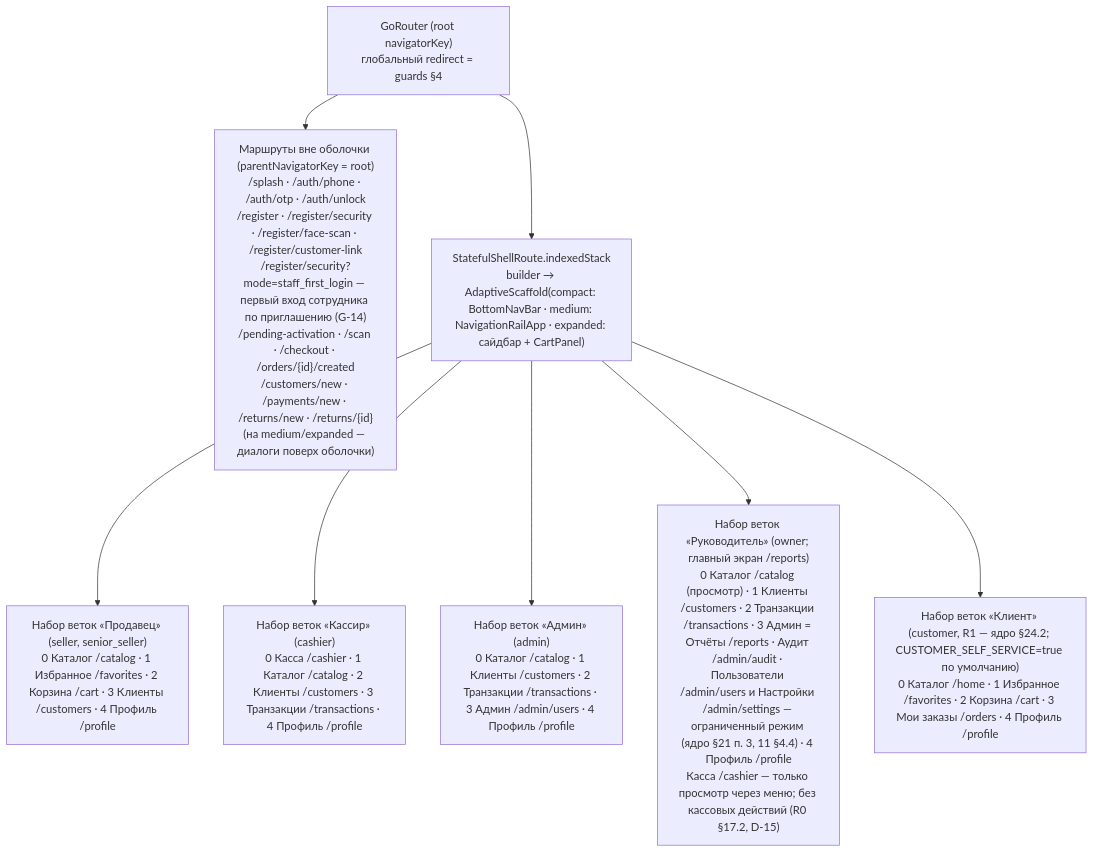
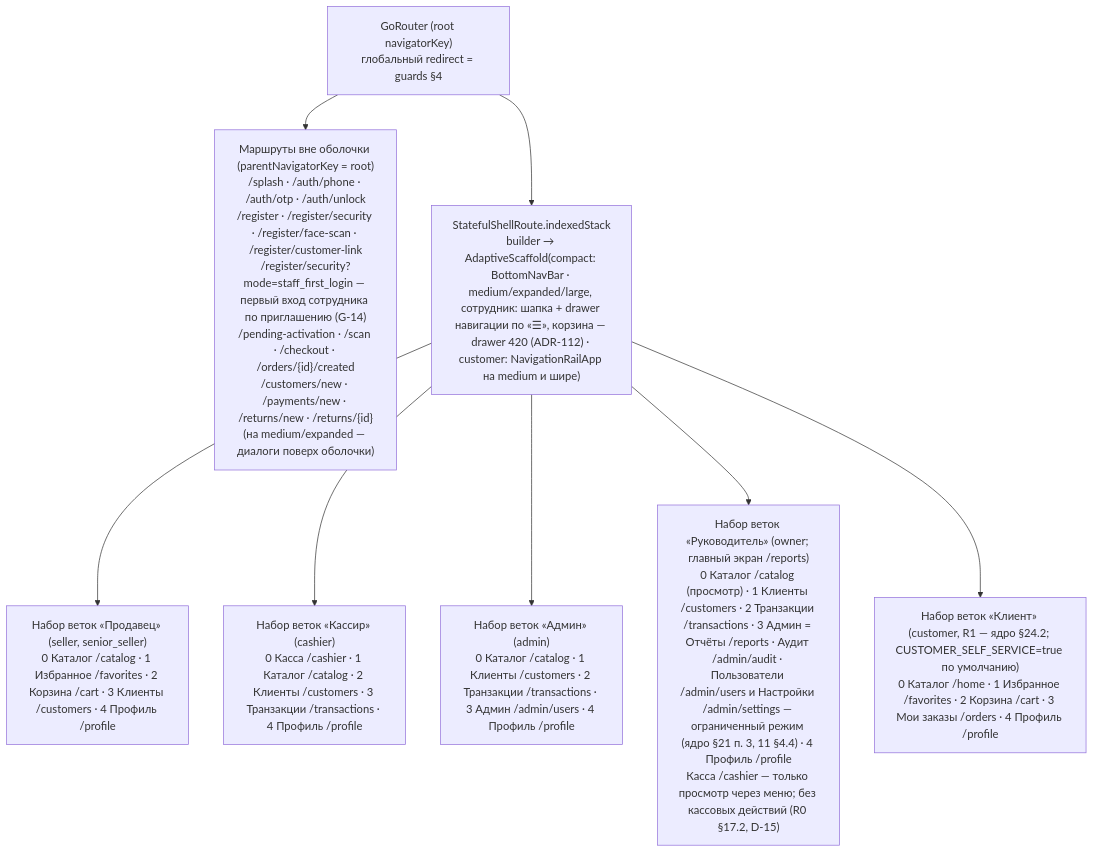
Before and after one commit to adhamjon100/optomstroy: the first of 5 diagrams in docs/specification/visual/navigation.md, drawn with Mermaid. The commit also changed other lines of this file and 651 other files, not shown here.

````diff
--- a/docs/specification/visual/navigation.md
+++ b/docs/specification/visual/navigation.md
@@ -50,11 +50,11 @@
 ```mermaid
 flowchart TB
   ROOT["GoRouter (root navigatorKey)<br/>глобальный redirect = guards §4"]
   ROOT --> TOP["Маршруты вне оболочки (parentNavigatorKey = root)<br/>/splash · /auth/phone · /auth/otp · /auth/unlock<br/>/register · /register/security · /register/face-scan · /register/customer-link<br/>/register/security?mode=staff_first_login — первый вход сотрудника по приглашению (G-14)<br/>/pending-activation · /scan · /checkout · /orders/{id}/created<br/>/customers/new · /payments/new · /returns/new · /returns/{id}<br/>(на medium/expanded — диалоги поверх оболочки)"]
-  ROOT --> SHELL["StatefulShellRoute.indexedStack<br/>builder → AdaptiveScaffold(compact: BottomNavBar · medium: NavigationRailApp · expanded: сайдбар + CartPanel)"]
+  ROOT --> SHELL["StatefulShellRoute.indexedStack<br/>builder → AdaptiveScaffold(compact: BottomNavBar · medium/expanded/large, сотрудник: шапка + drawer навигации по «☰», корзина — drawer 420 (ADR-112) · customer: NavigationRailApp на medium и шире)"]
   SHELL --> SELLER["Набор веток «Продавец» (seller, senior_seller)<br/>0 Каталог /catalog · 1 Избранное /favorites · 2 Корзина /cart · 3 Клиенты /customers · 4 Профиль /profile"]
   SHELL --> CASHIER["Набор веток «Кассир» (cashier)<br/>0 Касса /cashier · 1 Каталог /catalog · 2 Клиенты /customers · 3 Транзакции /transactions · 4 Профиль /profile"]
   SHELL --> ADMIN["Набор веток «Админ» (admin)<br/>0 Каталог /catalog · 1 Клиенты /customers · 2 Транзакции /transactions · 3 Админ /admin/users · 4 Профиль /profile"]
   SHELL --> OWNER["Набор веток «Руководитель» (owner; главный экран /reports)<br/>0 Каталог /catalog (просмотр) · 1 Клиенты /customers · 2 Транзакции /transactions · 3 Админ = Отчёты /reports · Аудит /admin/audit · Пользователи /admin/users и Настройки /admin/settings — ограниченный режим (ядро §21 п. 3, 11 §4.4) · 4 Профиль /profile<br/>Касса /cashier — только просмотр через меню; без кассовых действий (R0 §17.2, D-15)"]
   SHELL --> CUST["Набор веток «Клиент» (customer, R1 — ядро §24.2; CUSTOMER_SELF_SERVICE=true по умолчанию)<br/>0 Каталог /home · 1 Избранное /favorites · 2 Корзина /cart · 3 Мои заказы /orders · 4 Профиль /profile"]
 ```
````
